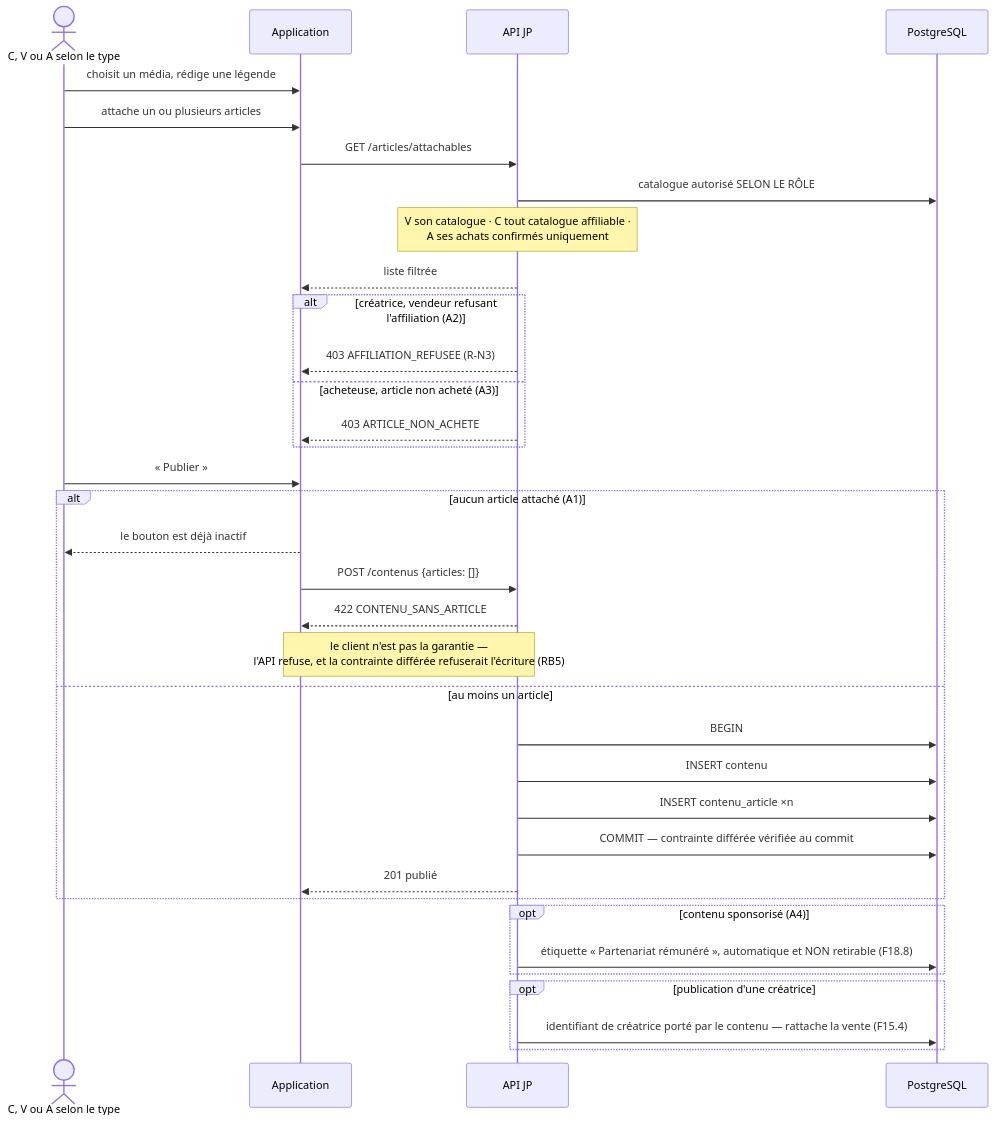
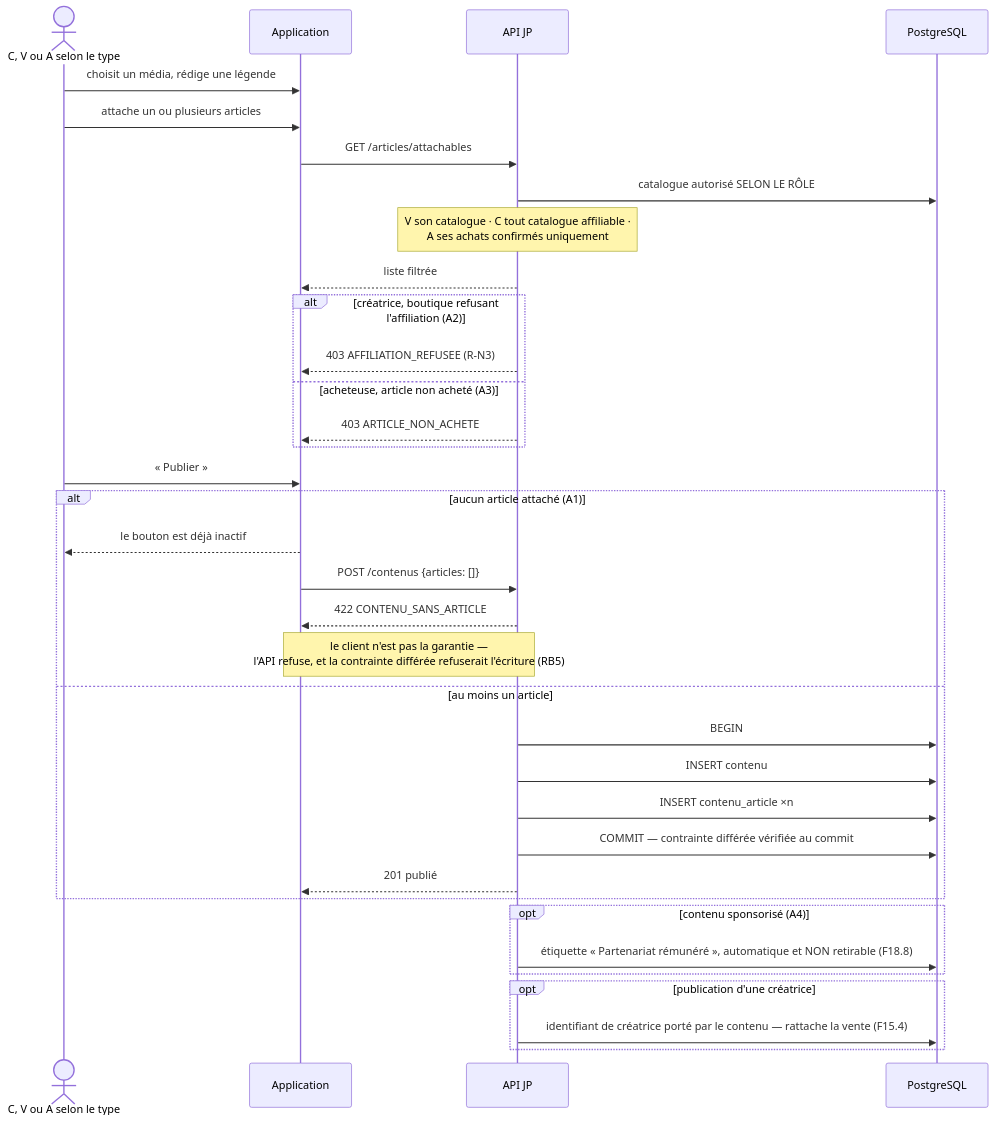
Before and after one commit to andokevin/jp: diagram 19 of 26 in docs/JP_CAS_UTILISATION.md, drawn with Mermaid. The commit also changed other lines of this file and 58 other files, not shown here.

````diff
--- a/docs/JP_CAS_UTILISATION.md
+++ b/docs/JP_CAS_UTILISATION.md
@@ -1687,37 +1422,37 @@
 ```mermaid
 sequenceDiagram
     actor U as C, V ou A selon le type
     participant APP as Application
     participant API as API JP
     participant DB as PostgreSQL
     U->>APP: choisit un média, rédige une légende
     U->>APP: attache un ou plusieurs articles
     APP->>API: GET /articles/attachables
     API->>DB: catalogue autorisé SELON LE RÔLE
     Note over API: V son catalogue · C tout catalogue affiliable ·<br/>A ses achats confirmés uniquement
     API-->>APP: liste filtrée
-    alt créatrice, vendeur refusant l'affiliation (A2)
+    alt créatrice, boutique refusant l'affiliation (A2)
         API-->>APP: 403 AFFILIATION_REFUSEE (R-N3)
     else acheteuse, article non acheté (A3)
         API-->>APP: 403 ARTICLE_NON_ACHETE
     end
     U->>APP: « Publier »
     alt aucun article attaché (A1)
         APP-->>U: le bouton est déjà inactif
         APP->>API: POST /contenus {articles: []}
         API-->>APP: 422 CONTENU_SANS_ARTICLE
         Note over APP,API: le client n'est pas la garantie —<br/>l'API refuse, et la contrainte différée refuserait l'écriture (RB5)
     else au moins un article
         API->>DB: BEGIN
         API->>DB: INSERT contenu
         API->>DB: INSERT contenu_article ×n
         API->>DB: COMMIT — contrainte différée vérifiée au commit
         API-->>APP: 201 publié
     end
     opt contenu sponsorisé (A4)
         API->>DB: étiquette « Partenariat rémunéré », automatique et NON retirable (F18.8)
     end
     opt publication d'une créatrice
         API->>DB: identifiant de créatrice porté par le contenu — rattache la vente (F15.4)
     end
 ```
````
